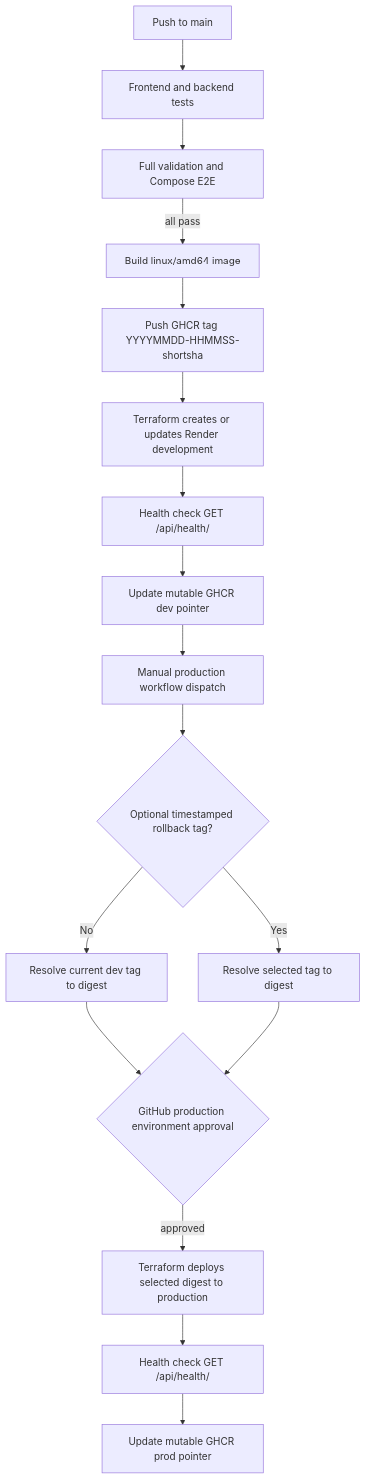
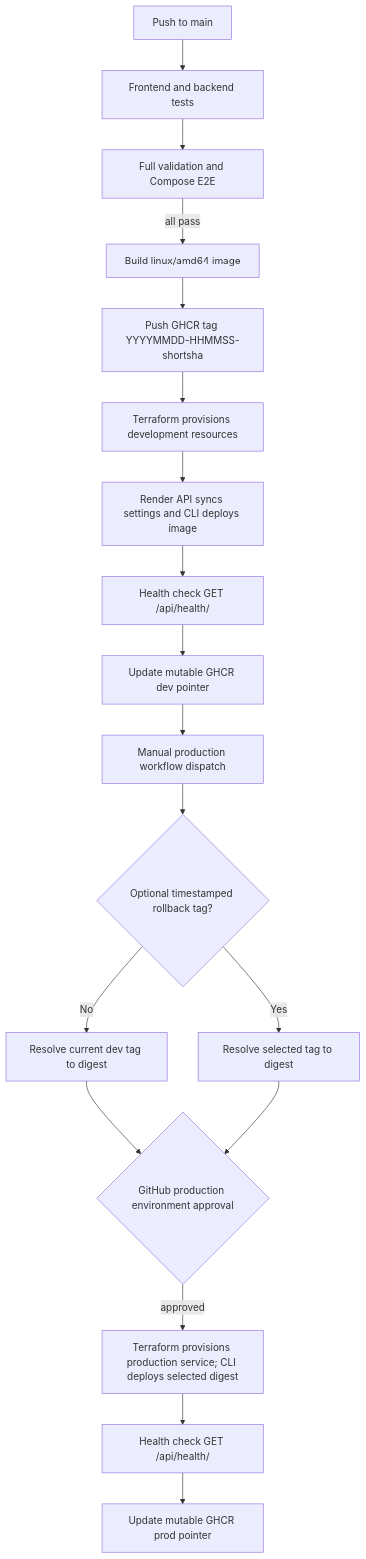
Before and after one commit to Virgo-Alpha/steadwork: the diagram in _docs/deployment.md, drawn with Mermaid. The commit also changed other lines of this file and 6 other files, not shown here.

````diff
--- a/_docs/deployment.md
+++ b/_docs/deployment.md
@@ -9,19 +9,20 @@
 ```mermaid
 flowchart TD
     A[Push to main] --> B[Frontend and backend tests]
     B --> C[Full validation and Compose E2E]
     C -->|all pass| D[Build linux/amd64 image]
     D --> E[Push GHCR tag YYYYMMDD-HHMMSS-shortsha]
-    E --> F[Terraform creates or updates Render development]
-    F --> G[Health check GET /api/health/]
+    E --> F[Terraform provisions development resources]
+    F --> F2[Render API syncs settings and CLI deploys image]
+    F2 --> G[Health check GET /api/health/]
     G --> H[Update mutable GHCR dev pointer]
     H --> I[Manual production workflow dispatch]
     I --> J{Optional timestamped rollback tag?}
     J -->|No| K[Resolve current dev tag to digest]
     J -->|Yes| L[Resolve selected tag to digest]
     K --> M{GitHub production environment approval}
     L --> M
-    M -->|approved| N[Terraform deploys selected digest to production]
+    M -->|approved| N[Terraform provisions production service; CLI deploys selected digest]
     N --> O[Health check GET /api/health/]
     O --> P[Update mutable GHCR prod pointer]
 ```
````
